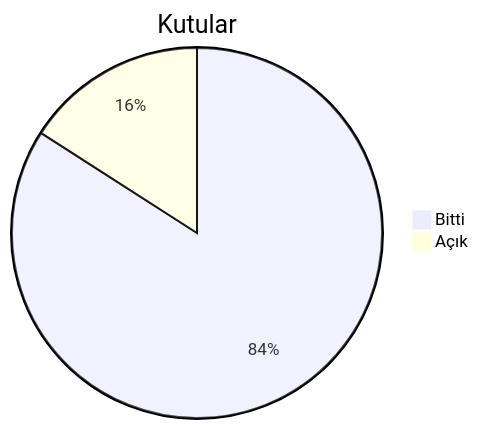
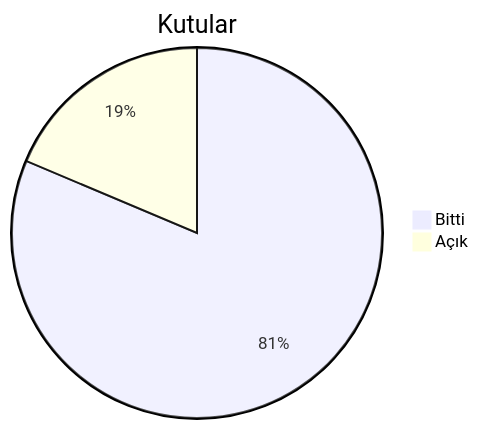
One commit to dogancanyildiz/kenet changed the second of 4 diagrams in docs/roadmap.md. Above: the diagram before and after it, drawn with Mermaid. The commit also changed other lines of this file and 1 other file, not shown here.

````diff
--- a/docs/roadmap.md
+++ b/docs/roadmap.md
@@ -42,5 +43,5 @@
 ```mermaid
 pie title Kutular
-    "Bitti" : 95
-    "Açık" : 18
+    "Bitti" : 96
+    "Açık" : 22
 ```
````
